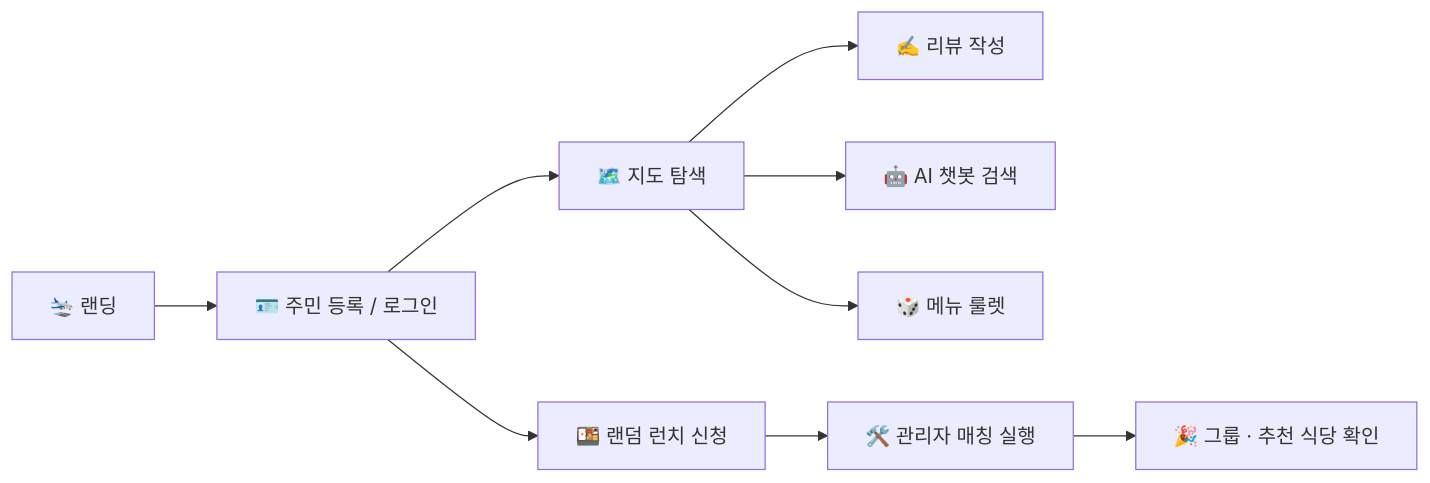
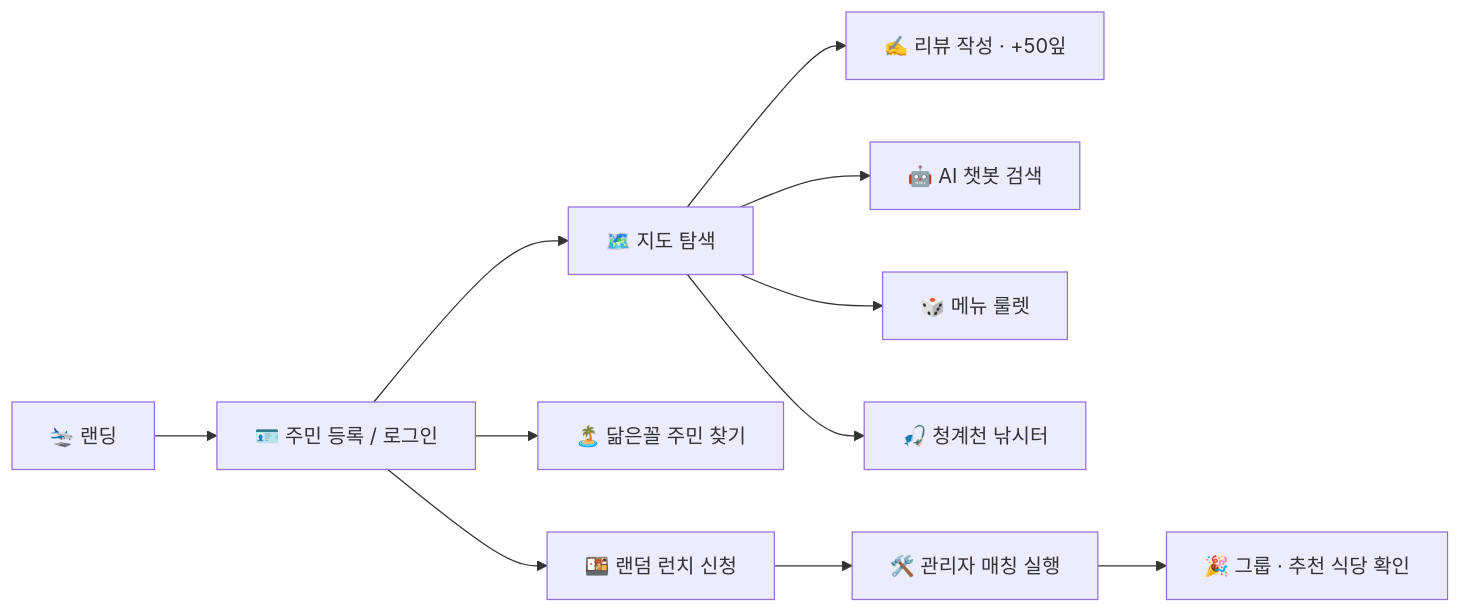
One commit to hanulkimm/biz-lunch-lab changed the first of 6 diagrams in README.md. Above: the diagram before and after it, drawn with Mermaid. The commit also changed other lines of this file, not shown here.

````diff
--- a/README.md
+++ b/README.md
@@ -51,11 +54,13 @@
 ```mermaid
 flowchart LR
     A["🛬 랜딩"] --> B["🪪 주민 등록 / 로그인"]
     B --> C["🗺️ 지도 탐색"]
-    C --> D["✍️ 리뷰 작성"]
+    C --> D["✍️ 리뷰 작성 · +50잎"]
     C --> E["🤖 AI 챗봇 검색"]
     C --> F["🎲 메뉴 룰렛"]
+    C --> K["🎣 청계천 낚시터"]
+    B --> J["🏝️ 닮은꼴 주민 찾기"]
     B --> G["🍱 랜덤 런치 신청"]
     G --> H["🛠️ 관리자 매칭 실행"]
     H --> I["🎉 그룹 · 추천 식당 확인"]
 ```
````
